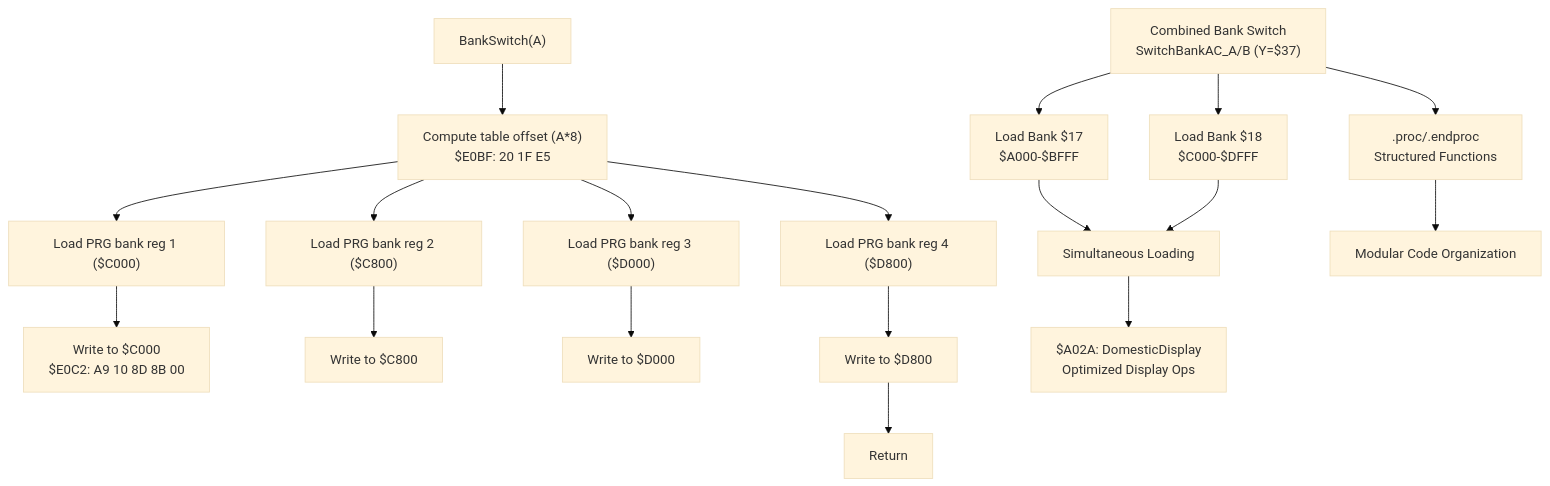
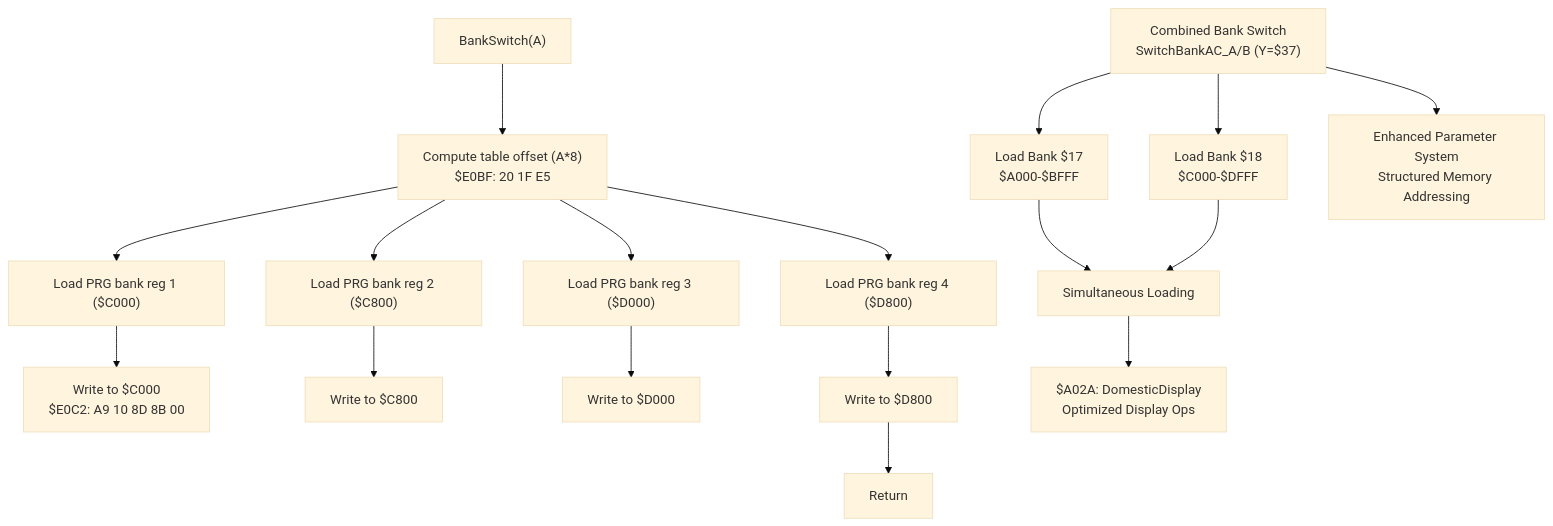
One commit to rabbyzero/sango2dasm changed the seventh of 10 diagrams in .qoder/repowiki/en/content/Assembly Architecture/Assembly Architecture.md. Above: the diagram before and after it, drawn with Mermaid (base theme). The commit also changed other lines of this file and 7 other files, not shown here.

````diff
--- a/.qoder/repowiki/en/content/Assembly Architecture/Assembly Architecture.md
+++ b/.qoder/repowiki/en/content/Assembly Architecture/Assembly Architecture.md
@@ -324,20 +339,20 @@
 ```mermaid
 flowchart TD
 CALL["BankSwitch(A)"] --> TABLEIDX["Compute table offset (A*8)<br/>$E0BF: 20 1F E5"]
 TABLEIDX --> LOAD1["Load PRG bank reg 1 ($C000)"]
 LOAD1 --> WRITE1["Write to $C000<br/>$E0C2: A9 10 8D 8B 00"]
 TABLEIDX --> LOAD2["Load PRG bank reg 2 ($C800)"]
 LOAD2 --> WRITE2["Write to $C800"]
 TABLEIDX --> LOAD3["Load PRG bank reg 3 ($D000)"]
 LOAD3 --> WRITE3["Write to $D000"]
 TABLEIDX --> LOAD4["Load PRG bank reg 4 ($D800)"]
 LOAD4 --> WRITE4["Write to $D800"]
 WRITE4 --> DONE["Return"]
 COMBINED["Combined Bank Switch<br/>SwitchBankAC_A/B (Y=$37)"] --> BANKA["Load Bank $17<br/>$A000-$BFFF"]
 COMBINED --> BANKB["Load Bank $18<br/>$C000-$DFFF"]
 BANKA --> SIMULTANEOUS["Simultaneous Loading"]
 BANKB --> SIMULTANEOUS
 SIMULTANEOUS --> OPTIMIZED["$A02A: DomesticDisplay<br/>Optimized Display Ops"]
-PROC[".proc/.endproc<br/>Structured Functions"] --> ORGANIZATION["Modular Code Organization"]
-COMBINED --> PROC
+PARAMSYS["Enhanced Parameter System<br/>Structured Memory Addressing"]
+COMBINED --> PARAMSYS
 ```
````
